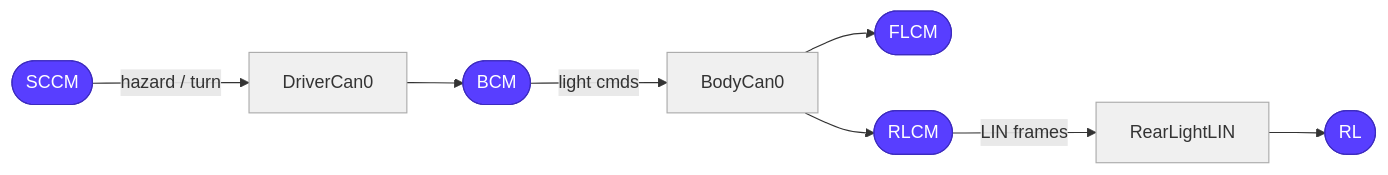
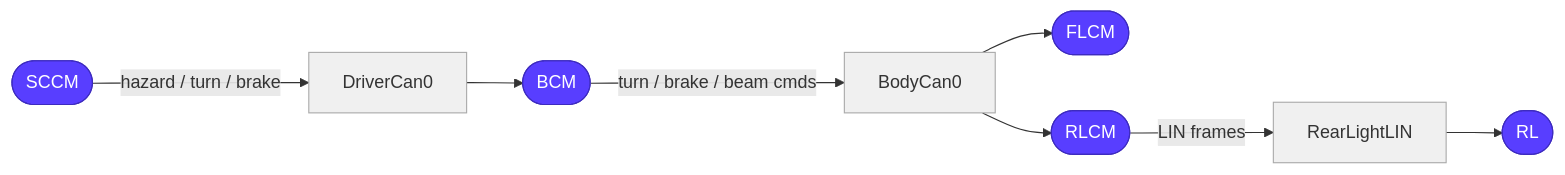
One commit to remotivelabs/remotivelabs-topology-examples changed the first of 10 diagrams in docs/architecture/architecture_elements.rst. Above: the diagram before and after it, drawn with Mermaid. The commit also changed other lines of this file and 8 other files, not shown here.

```diff
--- a/docs/architecture/architecture_elements.rst
+++ b/docs/architecture/architecture_elements.rst
@@ -14,20 +18,20 @@
 .. mermaid::
    :caption: ARCH_LIGHTING — signal flow through lighting subsystem
 
    graph LR
        SCCM(["SCCM"]):::ecu
        DRV["DriverCan0"]:::chan
        BCM(["BCM"]):::ecu
        BDY["BodyCan0"]:::chan
        FLCM(["FLCM"]):::ecu
        RLCM(["RLCM"]):::ecu
        LIN["RearLightLIN"]:::chan
        RL(["RL"]):::ecu
-       SCCM -->|hazard / turn| DRV
+       SCCM -->|hazard / turn / brake| DRV
        DRV --> BCM
-       BCM -->|light cmds| BDY
+       BCM -->|turn / brake / beam cmds| BDY
        BDY --> FLCM
        BDY --> RLCM
        RLCM -->|LIN frames| LIN --> RL
        classDef ecu fill:#583eff,color:#fff,stroke:#3d2bbf
        classDef chan fill:#f0f0f0,color:#333,stroke:#aaa
```
